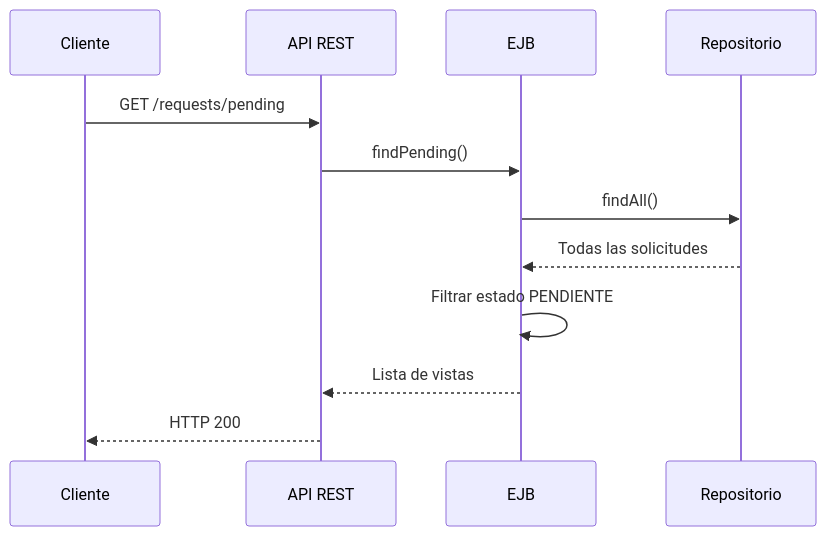
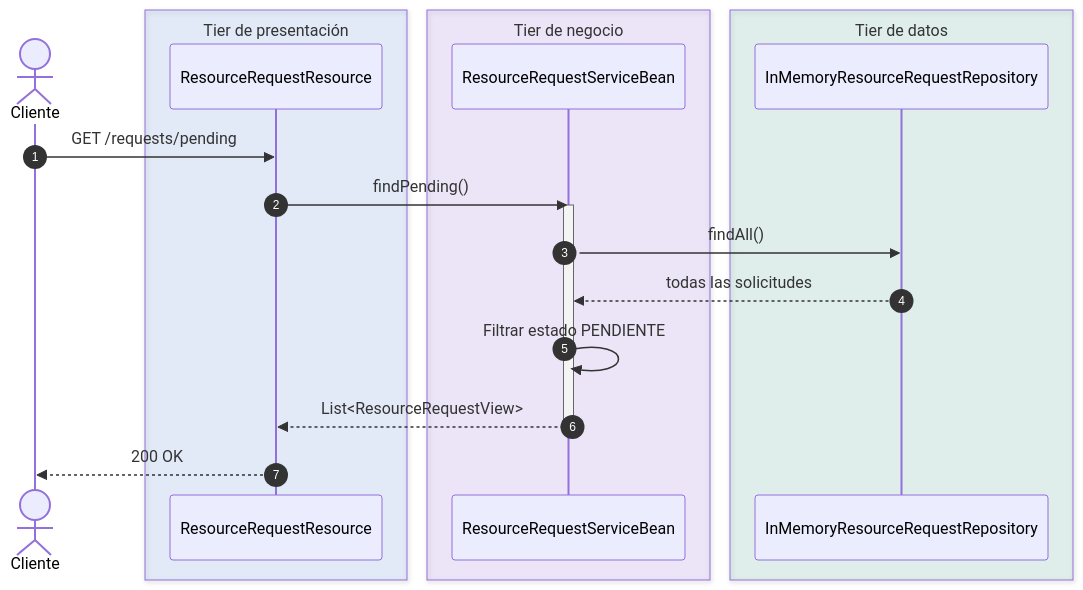
The sixth of 9 diagrams in docs/arquitectura.md (andreMD287/JEE-Negocio), drawn with Mermaid before and after one commit. The commit also changed other lines of this file and 1 other file, not shown here.

First line of the commit message:
Documentación: diagramas rediseñados y redacción formal

````diff
--- a/docs/arquitectura.md
+++ b/docs/arquitectura.md
@@ -299,15 +350,24 @@
 ```mermaid
 sequenceDiagram
-    participant C as Cliente
-    participant A as API REST
-    participant E as EJB
-    participant R as Repositorio
+    autonumber
+    actor C as Cliente
+    box rgba(37,99,235,0.10) Tier de presentación
+        participant API as ResourceRequestResource
+    end
+    box rgba(124,58,237,0.10) Tier de negocio
+        participant EJB as ResourceRequestServiceBean
+    end
+    box rgba(5,150,105,0.10) Tier de datos
+        participant REP as InMemoryResourceRequestRepository
+    end
 
-    C->>A: GET /requests/pending
-    A->>E: findPending()
-    E->>R: findAll()
-    R-->>E: Todas las solicitudes
-    E->>E: Filtrar estado PENDIENTE
-    E-->>A: Lista de vistas
-    A-->>C: HTTP 200
+    C->>API: GET /requests/pending
+    API->>EJB: findPending()
+    activate EJB
+    EJB->>REP: findAll()
+    REP-->>EJB: todas las solicitudes
+    EJB->>EJB: Filtrar estado PENDIENTE
+    EJB-->>API: List<ResourceRequestView>
+    deactivate EJB
+    API-->>C: 200 OK
 ```
````
